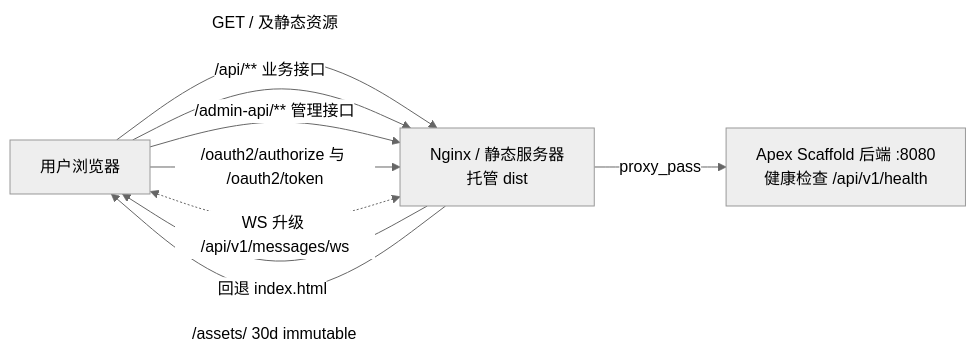
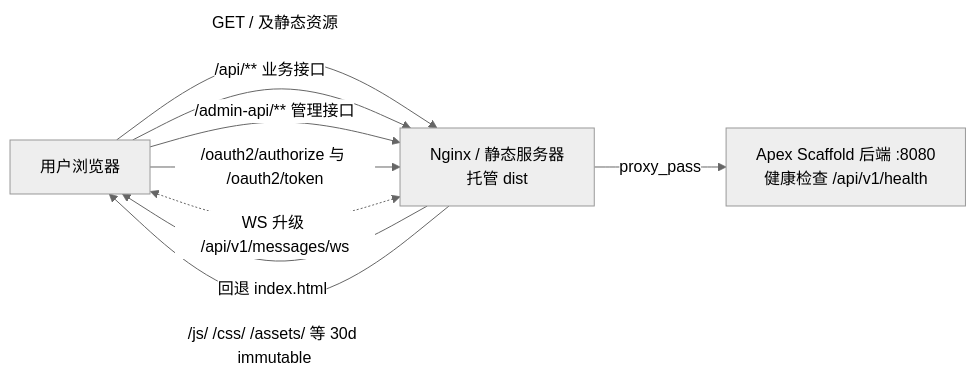
One commit to apex-cloud-service/apex-admin-web changed the first of 2 diagrams in docs/guides/deployment.md. Above: the diagram before and after it, drawn with Mermaid (neutral theme). The commit also changed other lines of this file and 26 other files, not shown here.

````diff
--- a/docs/guides/deployment.md
+++ b/docs/guides/deployment.md
@@ -48,11 +48,11 @@
 ```mermaid
 flowchart LR
     U[用户浏览器] -->|GET / 及静态资源| N[Nginx / 静态服务器<br/>托管 dist]
     U -->|/api/** 业务接口| N
     U -->|/admin-api/** 管理接口| N
     U -->|/oauth2/authorize 与 /oauth2/token| N
     U <.->|WS 升级 /api/v1/messages/ws| N
     N -->|回退 index.html| U
     N -->|proxy_pass| B[Apex Scaffold 后端 :8080<br/>健康检查 /api/v1/health]
-    N -->|/assets/ 30d immutable| U
+    N -->|/js/ /css/ /assets/ 等 30d immutable| U
 ```
````
